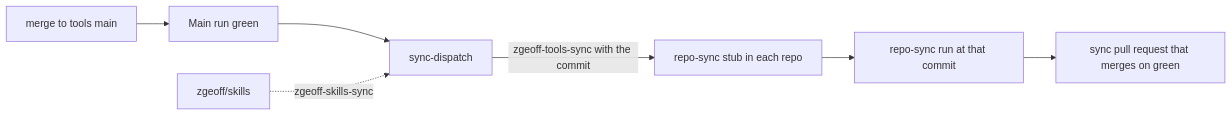
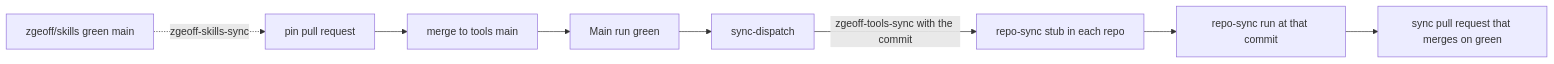
The diagram in docs/architecture/repo-sync.md (zgeoff/tools), drawn with Mermaid before and after one commit. The commit also changed other lines of this file and 107 other files, not shown here.

First line of the commit message:
feat(sync): take the shared skill text from zgeoff/skills (#427)

````diff
--- a/docs/architecture/repo-sync.md
+++ b/docs/architecture/repo-sync.md
@@ -35,9 +36,10 @@
 ```mermaid
 flowchart LR
+  skills[zgeoff/skills green main] -. zgeoff-skills-sync .-> pin[pin pull request]
+  pin --> merge
   merge[merge to tools main] --> main[Main run green]
   main --> dispatch[sync-dispatch]
-  skills[zgeoff/skills] -. zgeoff-skills-sync .-> dispatch
   dispatch -- zgeoff-tools-sync with the commit --> caller[repo-sync stub in each repo]
   caller --> run[repo-sync run at that commit]
   run --> pr[sync pull request that merges on green]
 ```
````
